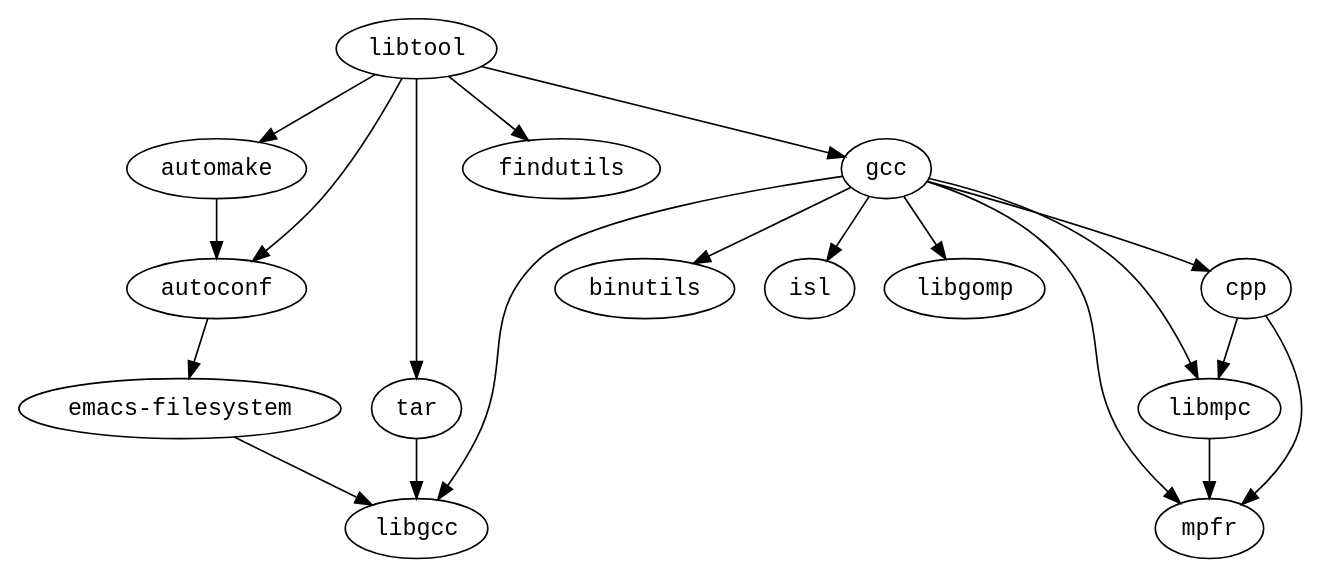
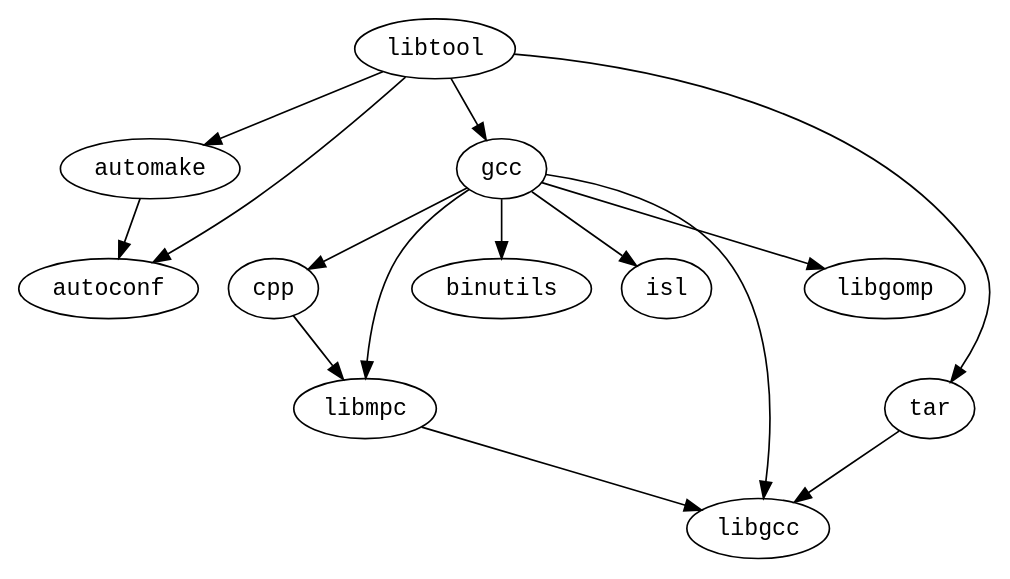
One commit to fedora-modularity/dependency-report changed the diagram in modules/autotools/x86_64/graph.dot. Above: the diagram before and after it, drawn with Graphviz. The commit also changed 570 other files, not shown here.

```diff
--- a/modules/autotools/x86_64/graph.dot
+++ b/modules/autotools/x86_64/graph.dot
@@ -1,22 +1,17 @@
 strict digraph G {
 node [fontname=monospace];
-  "autoconf" -> "emacs-filesystem";
   "automake" -> "autoconf";
   "cpp" -> "libmpc";
-  "cpp" -> "mpfr";
-  "emacs-filesystem" -> "libgcc";
   "gcc" -> "binutils";
   "gcc" -> "cpp";
   "gcc" -> "isl";
   "gcc" -> "libgcc";
   "gcc" -> "libgomp";
   "gcc" -> "libmpc";
-  "gcc" -> "mpfr";
-  "libmpc" -> "mpfr";
+  "libmpc" -> "libgcc";
   "libtool" -> "autoconf";
   "libtool" -> "automake";
-  "libtool" -> "findutils";
   "libtool" -> "gcc";
   "libtool" -> "tar";
   "tar" -> "libgcc";
 }
```
